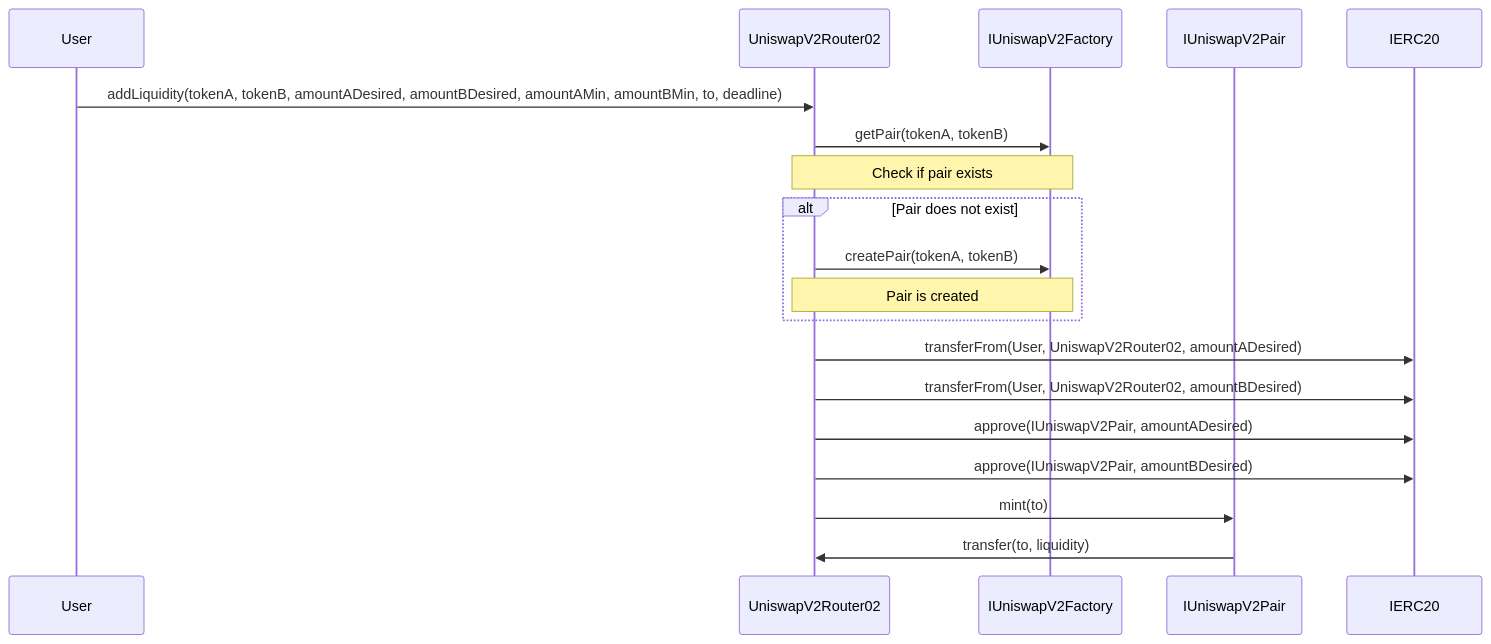
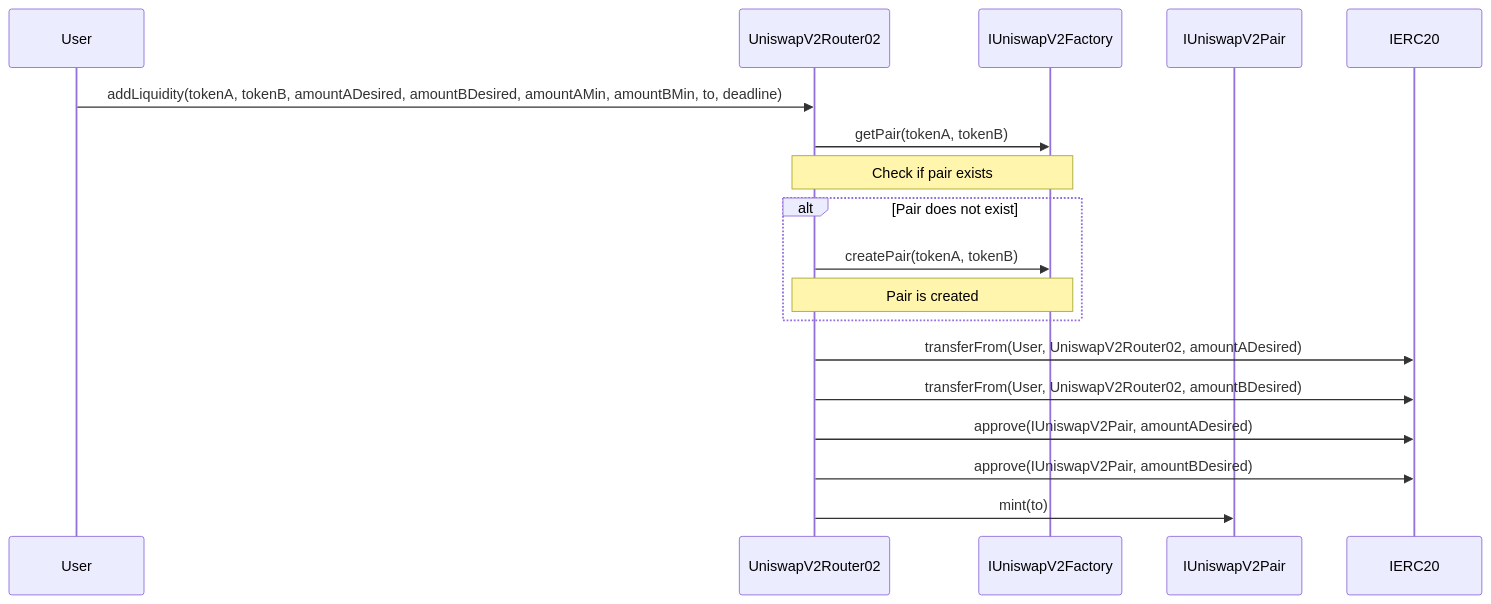
One commit to ponymano1/UniswapV2WithSolidity0.8 changed the second of 3 diagrams in README.md. Above: the diagram before and after it, drawn with Mermaid. The commit also changed other lines of this file, not shown here.

````diff
--- a/README.md
+++ b/README.md
@@ -53,21 +53,20 @@
 ```mermaid
 sequenceDiagram
     participant User
     participant UniswapV2Router02
     participant IUniswapV2Factory
     participant IUniswapV2Pair
     participant IERC20
     User->>UniswapV2Router02: addLiquidity(tokenA, tokenB, amountADesired, amountBDesired, amountAMin, amountBMin, to, deadline)
     UniswapV2Router02->>IUniswapV2Factory: getPair(tokenA, tokenB)
     Note over IUniswapV2Factory, UniswapV2Router02: Check if pair exists
     alt Pair does not exist
         UniswapV2Router02->>IUniswapV2Factory: createPair(tokenA, tokenB)
         Note over IUniswapV2Factory, UniswapV2Router02: Pair is created
     end
     UniswapV2Router02->>IERC20: transferFrom(User, UniswapV2Router02, amountADesired)
     UniswapV2Router02->>IERC20: transferFrom(User, UniswapV2Router02, amountBDesired)
     UniswapV2Router02->>IERC20: approve(IUniswapV2Pair, amountADesired)
     UniswapV2Router02->>IERC20: approve(IUniswapV2Pair, amountBDesired)
     UniswapV2Router02->>IUniswapV2Pair: mint(to)
-    IUniswapV2Pair->>UniswapV2Router02: transfer(to, liquidity)
 ```
````
